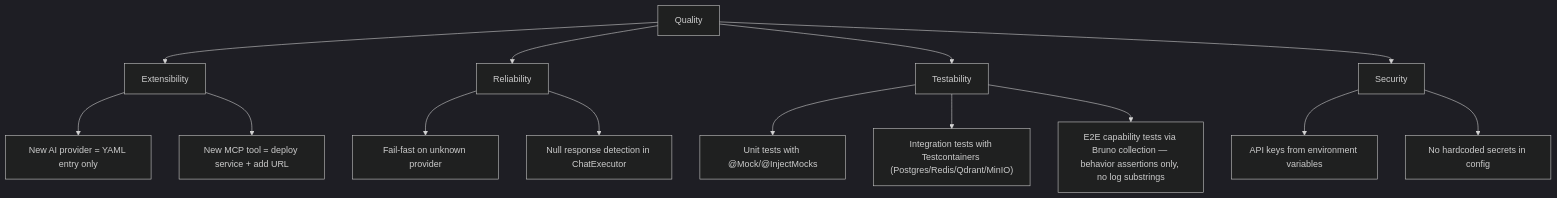
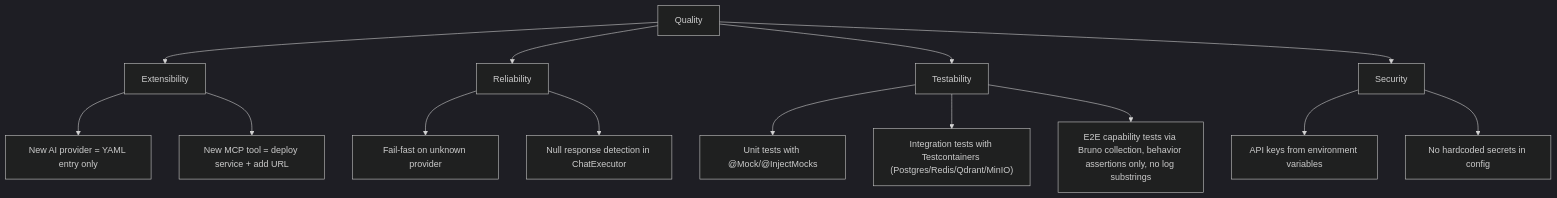
One commit to Lukk17/AscendAI changed the diagram in AscendAgent/docs/architecture/arc42/10-quality-requirements.md. Above: the diagram before and after it, drawn with Mermaid (dark theme). The commit also changed other lines of this file and 894 other files, not shown here.

````diff
--- a/AscendAgent/docs/architecture/arc42/10-quality-requirements.md
+++ b/AscendAgent/docs/architecture/arc42/10-quality-requirements.md
@@ -5,21 +7,21 @@
 ```mermaid
 graph TB
     Quality["Quality"]
     Quality --> Extensibility
     Quality --> Reliability
     Quality --> Testability
     Quality --> Security
 
     Extensibility --> E1["New AI provider = YAML entry only"]
     Extensibility --> E2["New MCP tool = deploy service + add URL"]
 
     Reliability --> R1["Fail-fast on unknown provider"]
     Reliability --> R2["Null response detection in ChatExecutor"]
 
     Testability --> T1["Unit tests with @Mock/@InjectMocks"]
     Testability --> T2["Integration tests with Testcontainers (Postgres/Redis/Qdrant/MinIO)"]
-    Testability --> T3["E2E capability tests via Bruno collection — behavior assertions only, no log substrings"]
+    Testability --> T3["E2E capability tests via Bruno collection, behavior assertions only, no log substrings"]
 
     Security --> S1["API keys from environment variables"]
     Security --> S2["No hardcoded secrets in config"]
 ```
````
